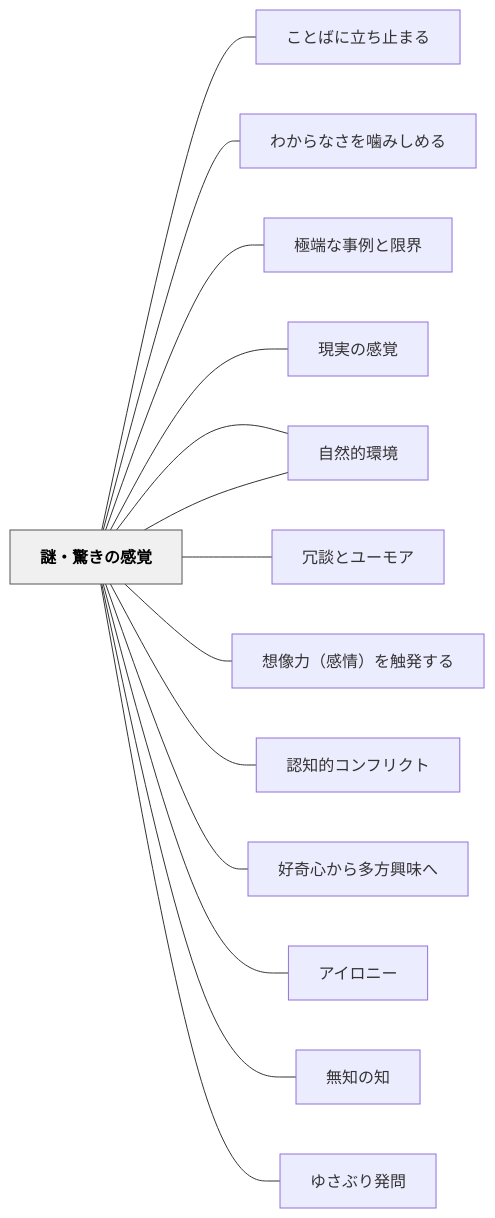
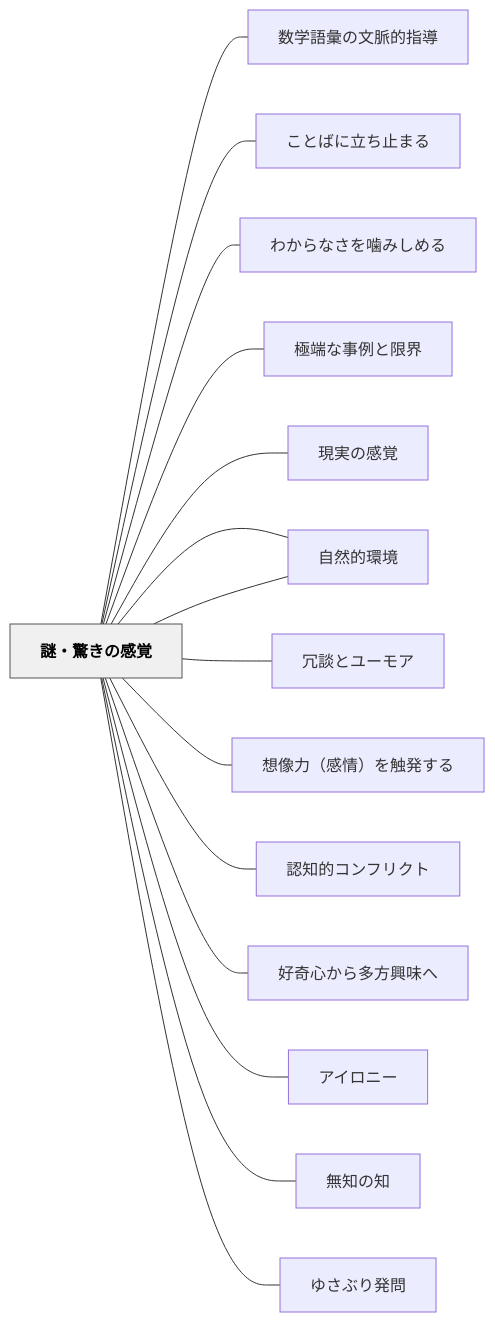
The diagram in content/パタン/謎・驚きの感覚.md (unknownthings-ed-patterns/unknownthings-ed-patterns), drawn with Mermaid before and after one commit. The commit also changed other lines of this file and 47 other files, not shown here.

````diff
--- a/content/パタン/謎・驚きの感覚.md
+++ b/content/パタン/謎・驚きの感覚.md
@@ -57,34 +58,36 @@
 ```mermaid
 flowchart LR
     ne8ac8ee383bb["謎・驚きの感覚"]
+    ne695b0e5ada6["数学語彙の文脈的指導"]
     ne38193e381a8["ことばに立ち止まる"]
     ne3828fe3818b["わからなさを噛みしめる"]
     ne6a5b5e7abaf["極端な事例と限界"]
     ne78fbee5ae9f["現実の感覚"]
     ne887aae784b6["自然現象"]
     ne887aae784b6["自然的環境"]
     ne58697e8ab87["冗談とユーモア"]
     ne683b3e5838f["想像力（感情）を触発する"]
     ne8aa8de79fa5["認知的コンフリクト"]
     ne5a5bde5a587["好奇心から多方興味へ"]
     ne382a2e382a4["アイロニー"]
     ne784a1e79fa5["無知の知"]
     ne38286e38195["ゆさぶり発問"]
 
+    ne8ac8ee383bb --- ne695b0e5ada6
     ne8ac8ee383bb --- ne38193e381a8
     ne8ac8ee383bb --- ne3828fe3818b
     ne8ac8ee383bb --- ne6a5b5e7abaf
     ne8ac8ee383bb --- ne78fbee5ae9f
     ne8ac8ee383bb --- ne887aae784b6
     ne8ac8ee383bb --- ne887aae784b6
     ne8ac8ee383bb --- ne58697e8ab87
     ne8ac8ee383bb --- ne683b3e5838f
     ne8ac8ee383bb --- ne8aa8de79fa5
     ne8ac8ee383bb --- ne5a5bde5a587
     ne8ac8ee383bb --- ne382a2e382a4
     ne8ac8ee383bb --- ne784a1e79fa5
     ne8ac8ee383bb --- ne38286e38195
 
     classDef hub fill:#f0f0f0,stroke:#555,color:#000,font-weight:bold
     class ne8ac8ee383bb hub
 ```
````
